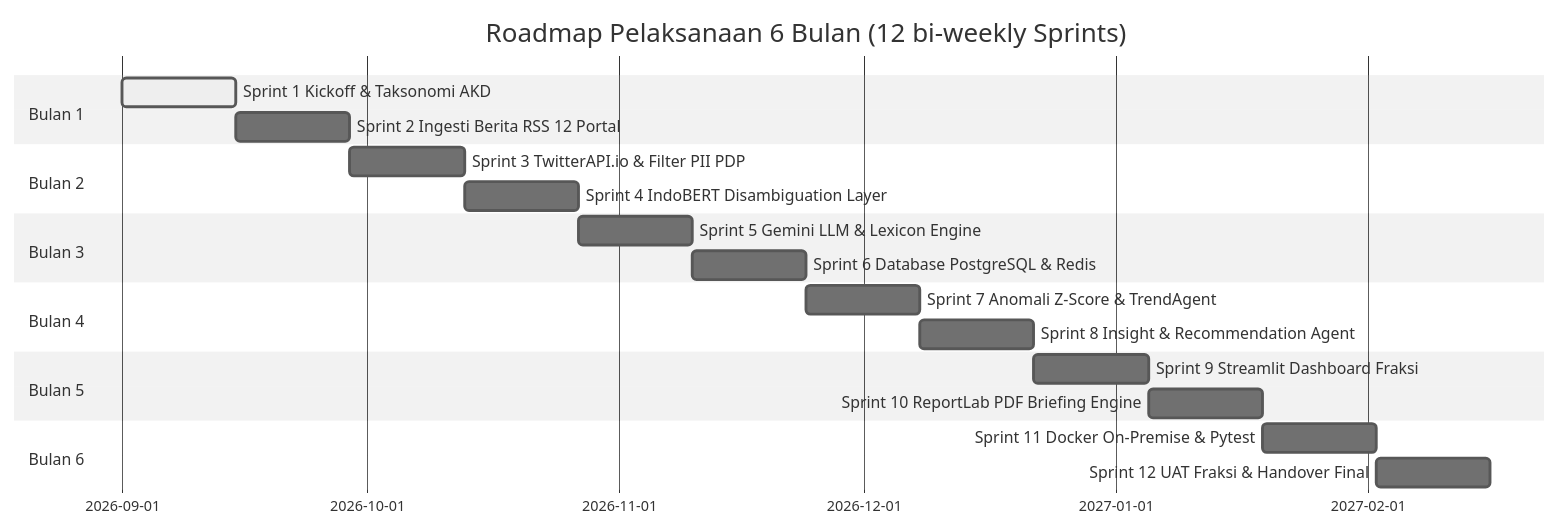
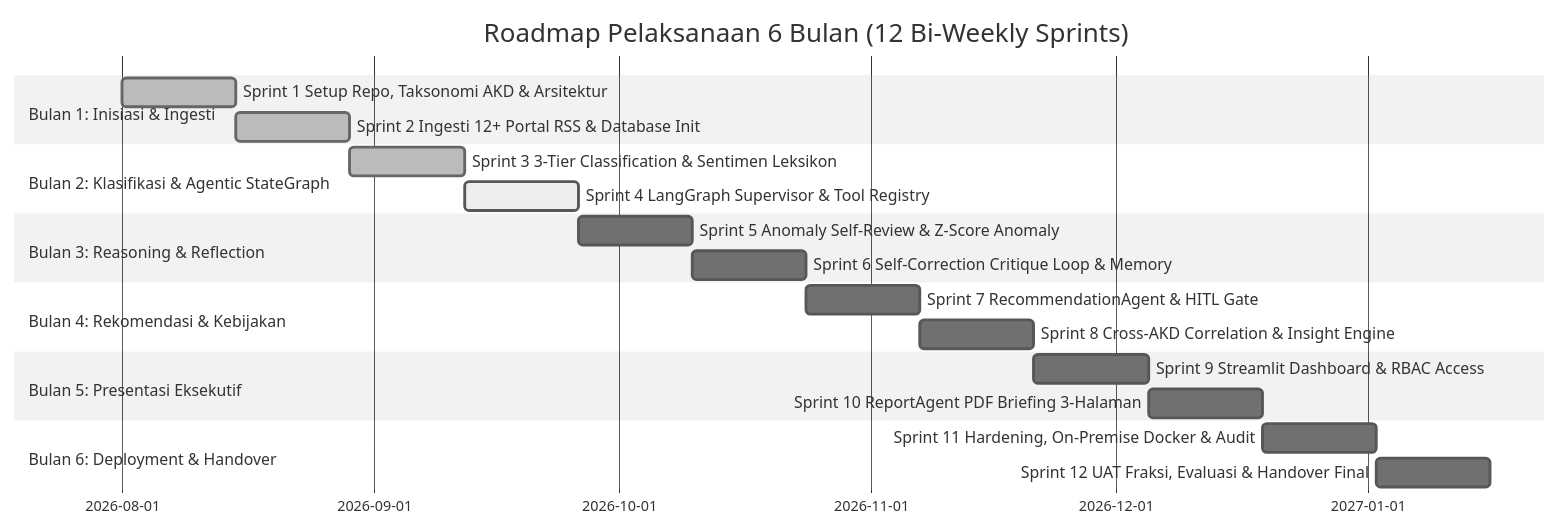
Before and after one commit to BertrandOscarSaputra/dpr-agentic-ai: the diagram in docs/DAY_TO_DAY_TIMELINE.md, drawn with Mermaid (neutral theme). The commit also changed other lines of this file and 50 other files, not shown here.

Commit message:
feat: implement agentic news analysis system with supervisor, data collection, and sentiment processing pipelines.

````diff
--- a/docs/DAY_TO_DAY_TIMELINE.md
+++ b/docs/DAY_TO_DAY_TIMELINE.md
@@ -20,23 +25,23 @@
 ```mermaid
 gantt
-    title Roadmap Pelaksanaan 6 Bulan (12 bi-weekly Sprints)
+    title Roadmap Pelaksanaan 6 Bulan (12 Bi-Weekly Sprints)
     dateFormat  YYYY-MM-DD
-    section Bulan 1
-    Sprint 1 Kickoff & Taksonomi AKD        :active, s1, 2026-09-01, 14d
-    Sprint 2 Ingesti Berita RSS 12 Portal   :s2, after s1, 14d
-    section Bulan 2
-    Sprint 3 TwitterAPI.io & Filter PII PDP :s3, after s2, 14d
-    Sprint 4 IndoBERT Disambiguation Layer  :s4, after s3, 14d
-    section Bulan 3
-    Sprint 5 Gemini LLM & Lexicon Engine    :s5, after s4, 14d
-    Sprint 6 Database PostgreSQL & Redis    :s6, after s5, 14d
-    section Bulan 4
-    Sprint 7 Anomali Z-Score & TrendAgent   :s7, after s6, 14d
-    Sprint 8 Insight & Recommendation Agent :s8, after s7, 14d
-    section Bulan 5
-    Sprint 9 Streamlit Dashboard Fraksi     :s9, after s8, 14d
-    Sprint 10 ReportLab PDF Briefing Engine :s10, after s9, 14d
-    section Bulan 6
-    Sprint 11 Docker On-Premise & Pytest    :s11, after s10, 14d
-    Sprint 12 UAT Fraksi & Handover Final   :s12, after s11, 14d
+    section Bulan 1: Inisiasi & Ingesti
+    Sprint 1 Setup Repo, Taksonomi AKD & Arsitektur :done, s1, 2026-08-01, 14d
+    Sprint 2 Ingesti 12+ Portal RSS & Database Init :done, s2, after s1, 14d
+    section Bulan 2: Klasifikasi & Agentic StateGraph
+    Sprint 3 3-Tier Classification & Sentimen Leksikon :done, s3, after s2, 14d
+    Sprint 4 LangGraph Supervisor & Tool Registry    :active, s4, after s3, 14d
+    section Bulan 3: Reasoning & Reflection
+    Sprint 5 Anomaly Self-Review & Z-Score Anomaly   :s5, after s4, 14d
+    Sprint 6 Self-Correction Critique Loop & Memory  :s6, after s5, 14d
+    section Bulan 4: Rekomendasi & Kebijakan
+    Sprint 7 RecommendationAgent & HITL Gate        :s7, after s6, 14d
+    Sprint 8 Cross-AKD Correlation & Insight Engine  :s8, after s7, 14d
+    section Bulan 5: Presentasi Eksekutif
+    Sprint 9 Streamlit Dashboard & RBAC Access      :s9, after s8, 14d
+    Sprint 10 ReportAgent PDF Briefing 3-Halaman    :s10, after s9, 14d
+    section Bulan 6: Deployment & Handover
+    Sprint 11 Hardening, On-Premise Docker & Audit  :s11, after s10, 14d
+    Sprint 12 UAT Fraksi, Evaluasi & Handover Final :s12, after s11, 14d
 ```
````
